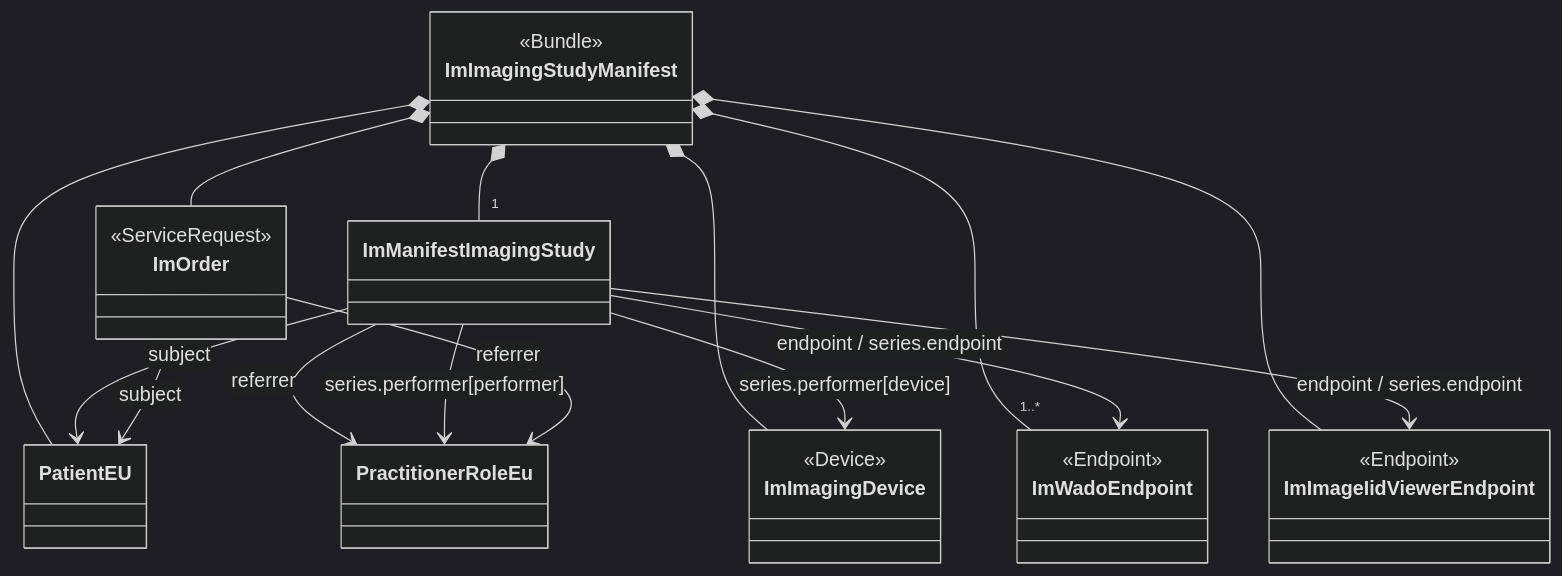
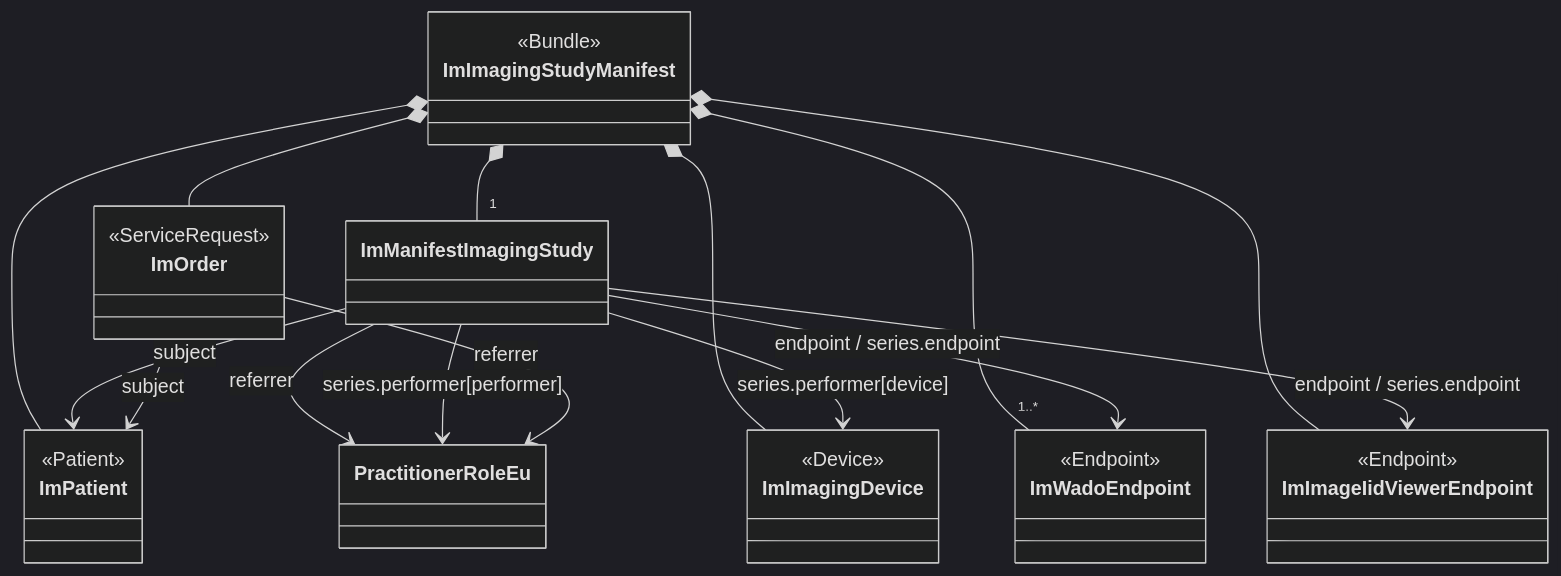
Before and after one commit to oijauregui/ehdsimaging: the diagram in input/pagecontent/imaging-manifest.md, drawn with Mermaid (dark theme). The commit also changed other lines of this file and 125 other files, not shown here.

````diff
--- a/input/pagecontent/imaging-manifest.md
+++ b/input/pagecontent/imaging-manifest.md
@@ -5,38 +5,41 @@
 ```mermaid
 classDiagram
   class ImImagingStudyManifest {
   <<Bundle>>
   }
   class ImWadoEndpoint {
   <<Endpoint>>
   }
   class ImImageIidViewerEndpoint {
   <<Endpoint>>
   }
   class ImImagingDevice {
   <<Device>>
   }
   class ImOrder {
   <<ServiceRequest>>
   }
+  class ImPatient{
+  <<Patient>>
+  }
   ImImagingStudyManifest *-- "1" ImManifestImagingStudy
   
-  ImImagingStudyManifest *-- PatientEU
-  ImManifestImagingStudy --> PatientEU: subject
+  ImImagingStudyManifest *-- ImPatient
+  ImManifestImagingStudy --> ImPatient: subject
   ImManifestImagingStudy --> PractitionerRoleEu: referrer
 
   ImImagingStudyManifest *-- ImImagingDevice
   ImManifestImagingStudy --> ImImagingDevice: series.performer[device]
   ImManifestImagingStudy --> PractitionerRoleEu: series.performer[performer]
   
   ImImagingStudyManifest *-- ImOrder
-  ImOrder --> PatientEU: subject
+  ImOrder --> ImPatient: subject
   ImOrder --> PractitionerRoleEu: referrer
 
   ImImagingStudyManifest *-- ImImageIidViewerEndpoint
   ImImagingStudyManifest *-- "1..*" ImWadoEndpoint
   ImManifestImagingStudy --> ImWadoEndpoint: endpoint / series.endpoint
   ImManifestImagingStudy --> ImImageIidViewerEndpoint: endpoint / series.endpoint
 
   
 ```
````
